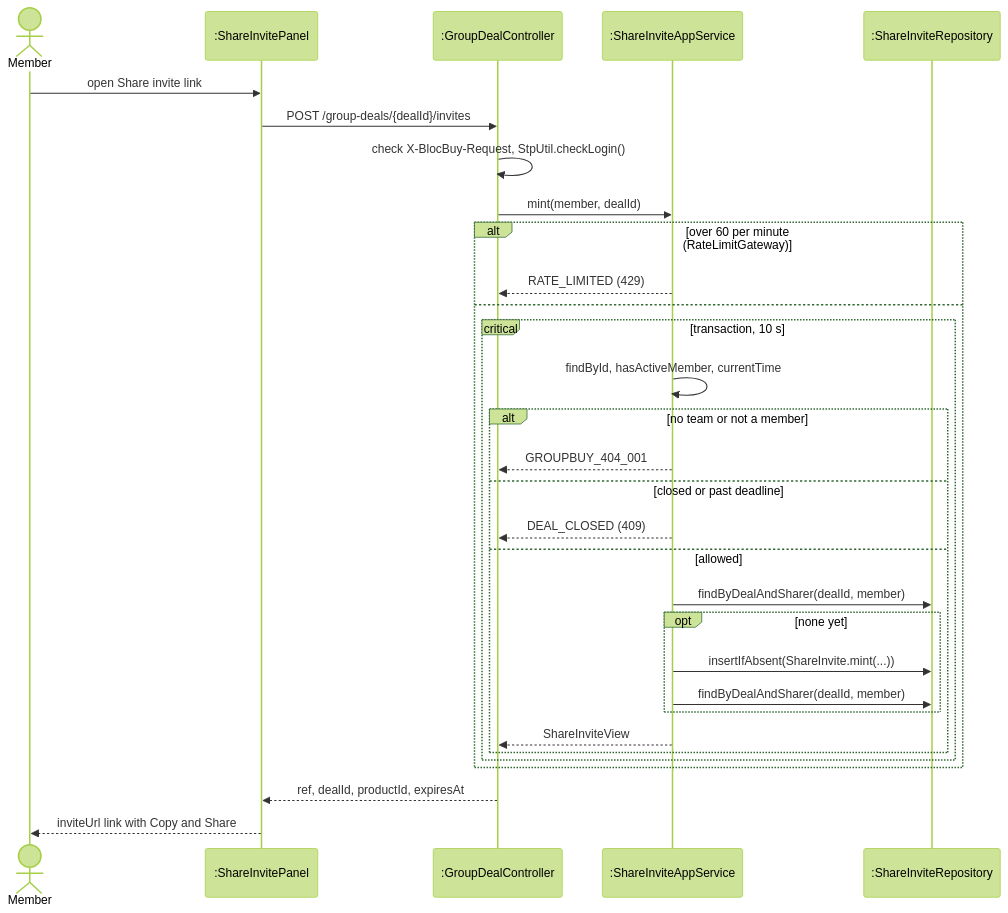
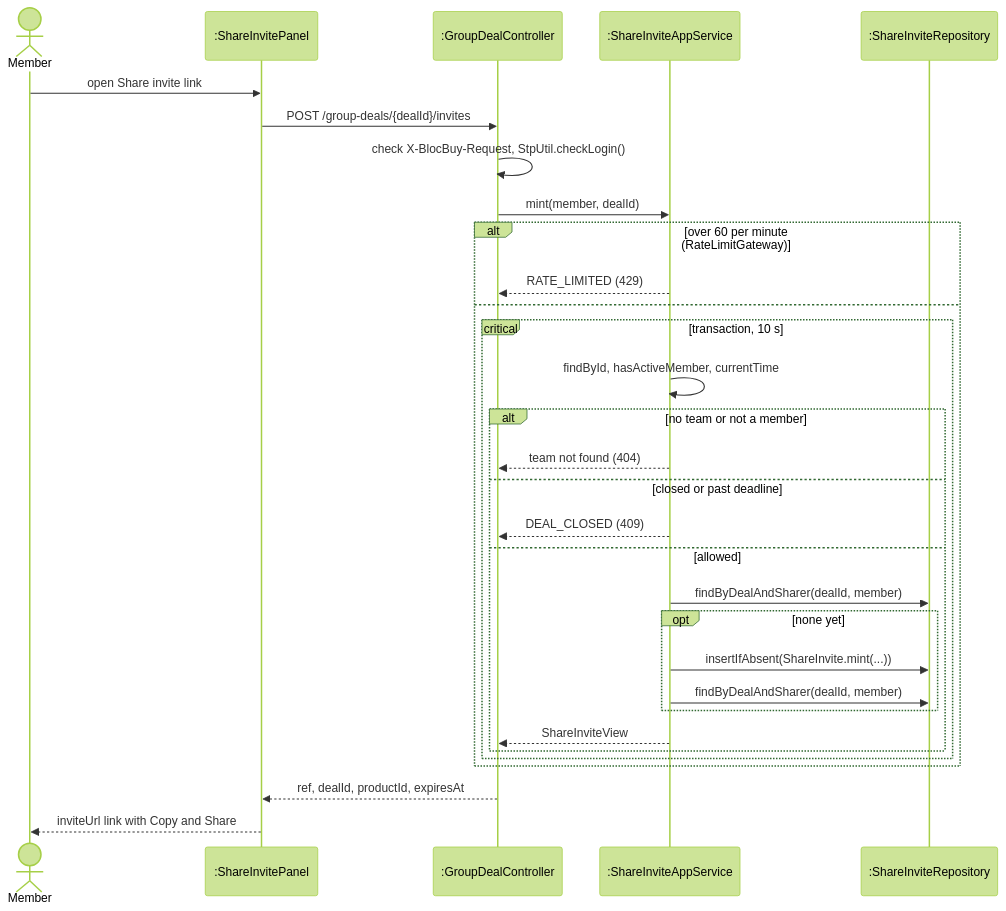
Diagram 16 of 19 in docs/swe5006/report/sections/03-4-4-lim.md (PPsyrius/iss-groupbuy-team8), drawn with Mermaid (forest theme) before and after one commit.

Commit message:
docs(report): Figure 3.91 names the 404 refusal by meaning, like its other refusals (#463)
The UC7 design sequence showed one refusal as the wire code
GROUPBUY_404_001, while the others read RATE_LIMITED (429), DEAL_CLOSED
(409) and INVITE_NOT_FOUND (404). The code is GroupbuyErrorCode
.GROUPBUY_PLACEHOLDER, 404 "Group deal not found"
(GroupbuyErrorCode.java:10-11@6d14e449), so the message now reads
"team not found (404)".

Evidence-skipped: report wording; the sprint log entry of this PR covers it
Claude-Session: https://claude.ai/code/session_01JW6rqhVURQAqLAddc56V99

````diff
--- a/docs/swe5006/report/sections/03-4-4-lim.md
+++ b/docs/swe5006/report/sections/03-4-4-lim.md
@@ -819,33 +819,33 @@
 ```mermaid
 sequenceDiagram
     actor M as Member
     participant P as :ShareInvitePanel
     participant C as :GroupDealController
     participant S as :ShareInviteAppService
     participant I as :ShareInviteRepository
     M->>P: open Share invite link
     P->>C: POST /group-deals/{dealId}/invites
     C->>C: check X-BlocBuy-Request, StpUtil.checkLogin()
     C->>S: mint(member, dealId)
     alt over 60 per minute (RateLimitGateway)
         S-->>C: RATE_LIMITED (429)
     else
         critical transaction, 10 s
             S->>S: findById, hasActiveMember, currentTime
             alt no team or not a member
-                S-->>C: GROUPBUY_404_001
+                S-->>C: team not found (404)
             else closed or past deadline
                 S-->>C: DEAL_CLOSED (409)
             else allowed
                 S->>I: findByDealAndSharer(dealId, member)
                 opt none yet
                     S->>I: insertIfAbsent(ShareInvite.mint(...))
                     S->>I: findByDealAndSharer(dealId, member)
                 end
                 S-->>C: ShareInviteView
             end
         end
     end
     C-->>P: ref, dealId, productId, expiresAt
     P-->>M: inviteUrl link with Copy and Share
 ```
````
